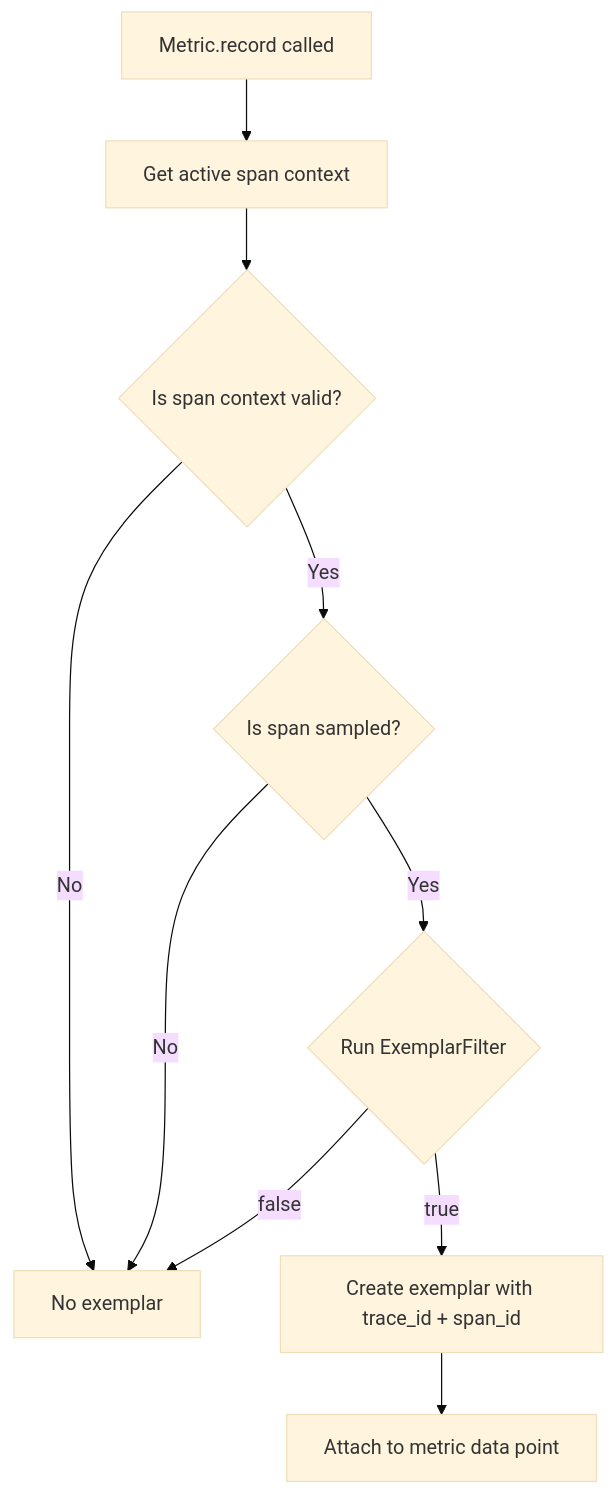
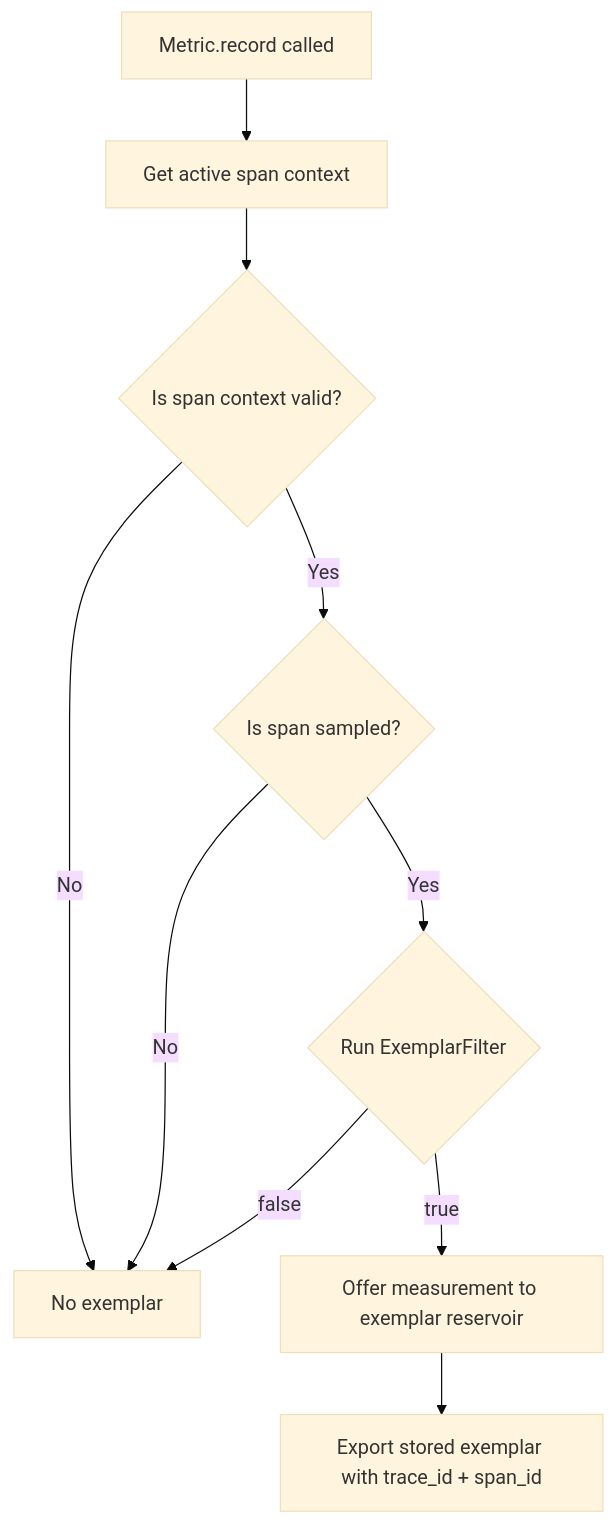
The second of 3 diagrams in posts/2026-01-30-opentelemetry-exemplar-filters/README.md (OneUptime/blog), drawn with Mermaid (base theme) before and after one commit. The commit also changed other lines of this file and 2 other files, not shown here.

Commit message:
validate: 2026-01-30-opentelemetry-exemplar-filters

````diff
--- a/posts/2026-01-30-opentelemetry-exemplar-filters/README.md
+++ b/posts/2026-01-30-opentelemetry-exemplar-filters/README.md
@@ -110,12 +109,12 @@
 ```mermaid
 flowchart TD
     A[Metric.record called] --> B[Get active span context]
     B --> C{Is span context valid?}
     C -->|No| D[No exemplar]
     C -->|Yes| E{Is span sampled?}
     E -->|No| D
     E -->|Yes| F{Run ExemplarFilter}
     F -->|false| D
-    F -->|true| G[Create exemplar with trace_id + span_id]
-    G --> H[Attach to metric data point]
+    F -->|true| G[Offer measurement to exemplar reservoir]
+    G --> H[Export stored exemplar with trace_id + span_id]
 ```
````
